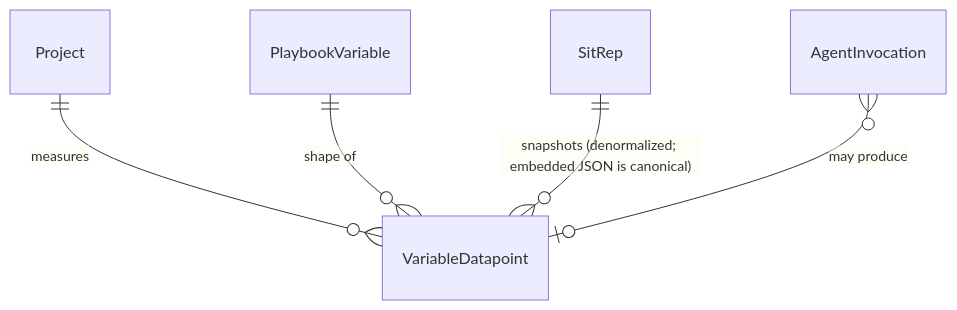
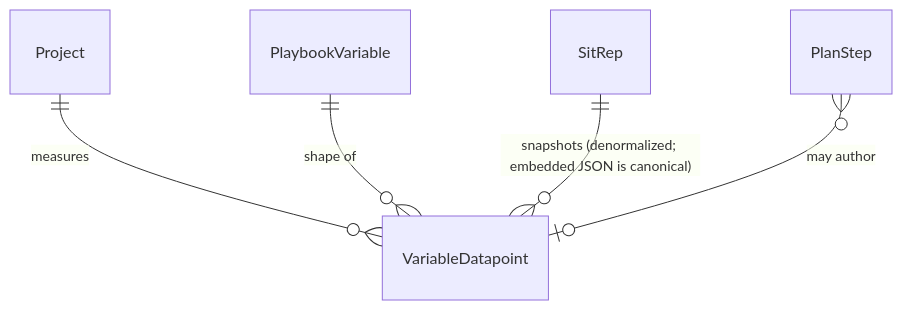
Before and after one commit to FeatureFactory-io/huginn: the fifth of 7 diagrams in docs/ideation/vision.md, drawn with Mermaid. The commit also changed other lines of this file and 2 other files, not shown here.

````diff
--- a/docs/ideation/vision.md
+++ b/docs/ideation/vision.md
@@ -235,7 +235,7 @@
 ```mermaid
 erDiagram
     Project ||--o{ VariableDatapoint : measures
     PlaybookVariable ||--o{ VariableDatapoint : "shape of"
     SitRep ||--o{ VariableDatapoint : "snapshots (denormalized; embedded JSON is canonical)"
-    AgentInvocation }o--o| VariableDatapoint : "may produce"
+    PlanStep }o--o| VariableDatapoint : "may author"
 ```
````
